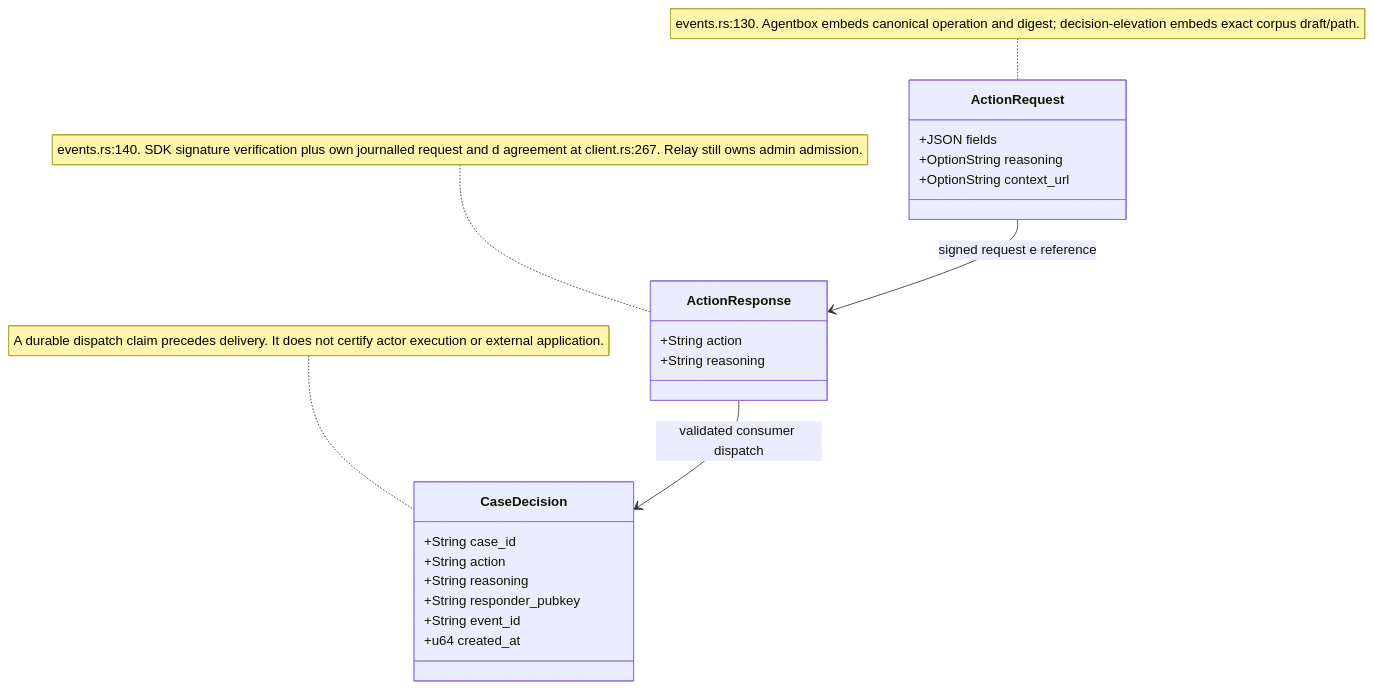
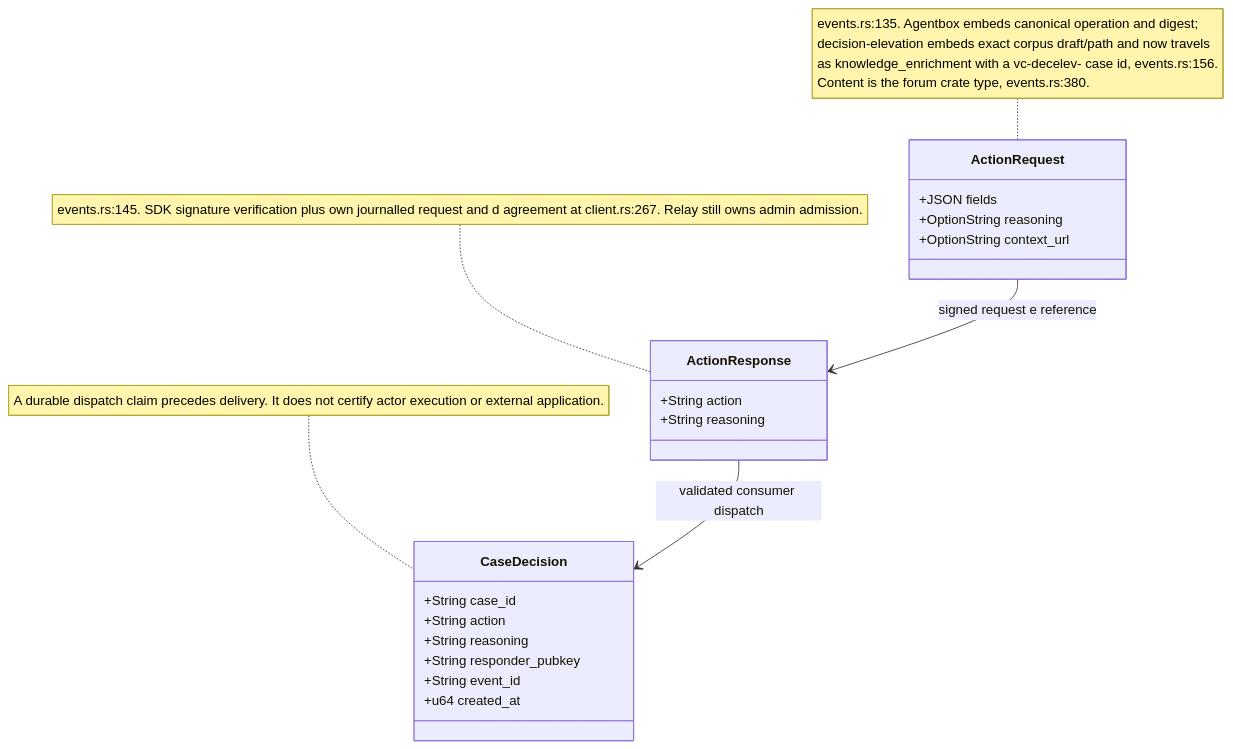
The first of 12 diagrams in docs/diagrams/estate/05-governance-loop-across-estate.md (DreamLab-AI/VisionFlow), drawn with Mermaid before and after one commit. The commit also changed other lines of this file and 6 other files, not shown here.

````diff
--- a/docs/diagrams/estate/05-governance-loop-across-estate.md
+++ b/docs/diagrams/estate/05-governance-loop-across-estate.md
@@ -60,25 +60,25 @@
 ```mermaid
 classDiagram
     class ActionRequest {
         +JSON fields
         +OptionString reasoning
         +OptionString context_url
     }
     class ActionResponse {
         +String action
         +String reasoning
     }
     class CaseDecision {
         +String case_id
         +String action
         +String reasoning
         +String responder_pubkey
         +String event_id
         +u64 created_at
     }
     ActionRequest --> ActionResponse : signed request e reference
     ActionResponse --> CaseDecision : validated consumer dispatch
-    note for ActionRequest "events.rs:130. Agentbox embeds canonical operation and digest; decision-elevation embeds exact corpus draft/path."
-    note for ActionResponse "events.rs:140. SDK signature verification plus own journalled request and d agreement at client.rs:267. Relay still owns admin admission."
+    note for ActionRequest "events.rs:135. Agentbox embeds canonical operation and digest;<br/>decision-elevation embeds exact corpus draft/path and now travels<br/>as knowledge_enrichment with a vc-decelev- case id, events.rs:156.<br/>Content is the forum crate type, events.rs:380."
+    note for ActionResponse "events.rs:145. SDK signature verification plus own journalled request and d agreement at client.rs:267. Relay still owns admin admission."
     note for CaseDecision "A durable dispatch claim precedes delivery. It does not certify actor execution or external application."
 ```
````
